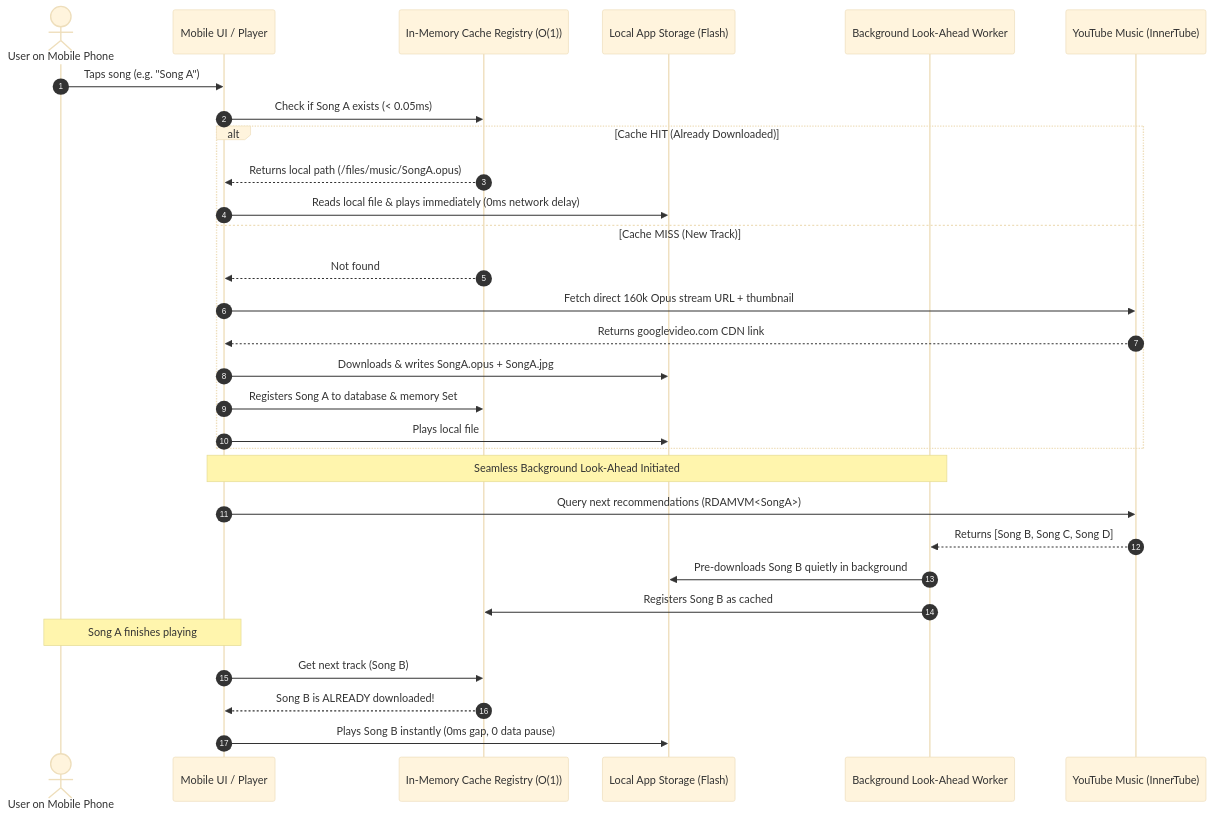
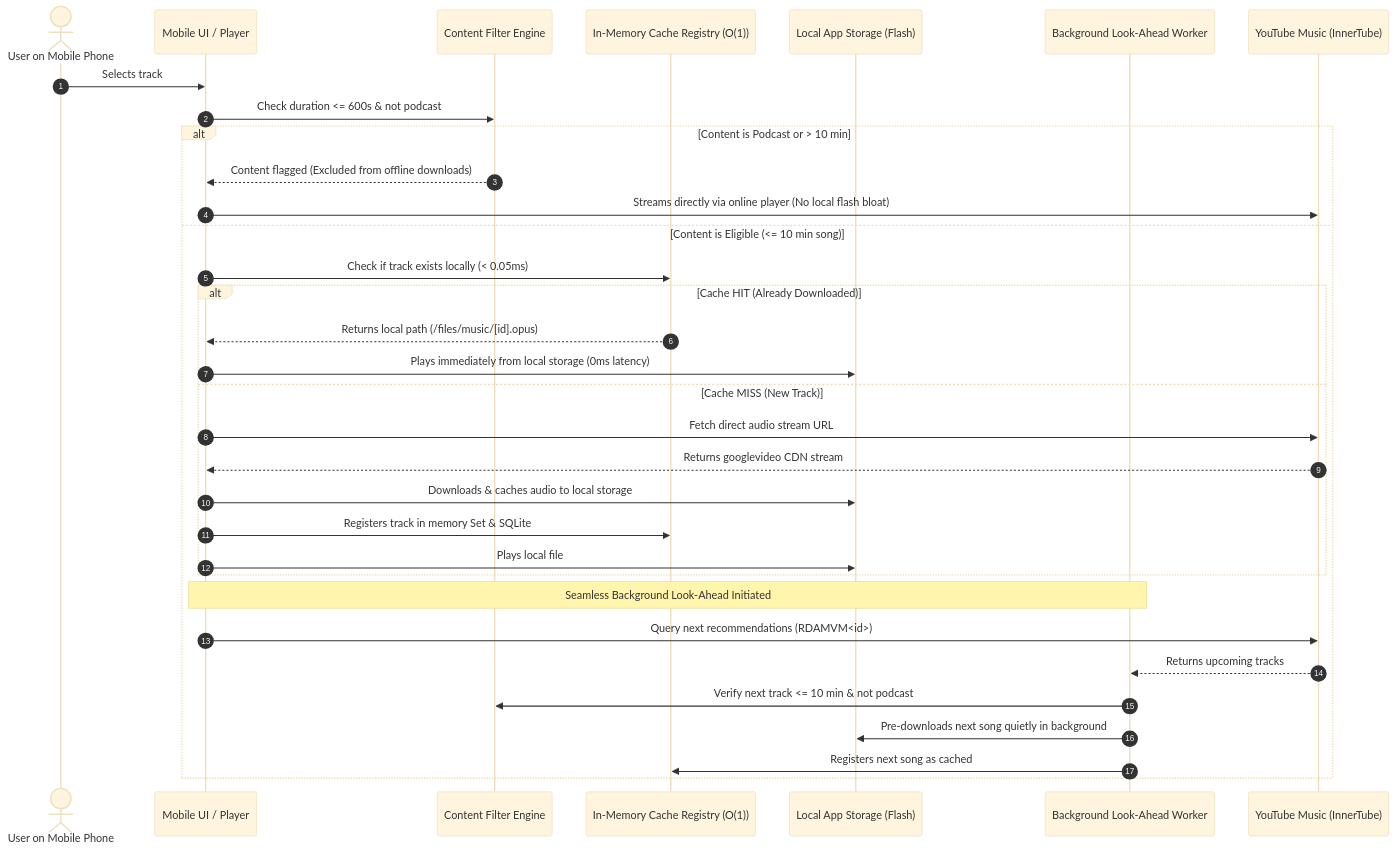
One commit to Saurabh-singhx/soko_music changed the diagram in README.md. Above: the diagram before and after it, drawn with Mermaid (base theme). The commit also changed other lines of this file and 176 other files, not shown here.

````diff
--- a/README.md
+++ b/README.md
@@ -69,36 +98,37 @@
 ```mermaid
 sequenceDiagram
     autonumber
     actor User as User on Mobile Phone
     participant UI as Mobile UI / Player
+    participant Filter as Content Filter Engine
     participant Cache as In-Memory Cache Registry (O(1))
     participant Disk as Local App Storage (Flash)
     participant Worker as Background Look-Ahead Worker
     participant YT as YouTube Music (InnerTube)
 
-    User->>UI: Taps song (e.g. "Song A")
-    UI->>Cache: Check if Song A exists (< 0.05ms)
-    
-    alt Cache HIT (Already Downloaded)
-        Cache-->>UI: Returns local path (/files/music/SongA.opus)
-        UI->>Disk: Reads local file & plays immediately (0ms network delay)
-    else Cache MISS (New Track)
-        Cache-->>UI: Not found
-        UI->>YT: Fetch direct 160k Opus stream URL + thumbnail
-        YT-->>UI: Returns googlevideo.com CDN link
-        UI->>Disk: Downloads & writes SongA.opus + SongA.jpg
-        UI->>Cache: Registers Song A to database & memory Set
-        UI->>Disk: Plays local file
+    User->>UI: Selects track
+    UI->>Filter: Check duration <= 600s & not podcast
+    alt Content is Podcast or > 10 min
+        Filter-->>UI: Content flagged (Excluded from offline downloads)
+        UI->>YT: Streams directly via online player (No local flash bloat)
+    else Content is Eligible (<= 10 min song)
+        UI->>Cache: Check if track exists locally (< 0.05ms)
+        alt Cache HIT (Already Downloaded)
+            Cache-->>UI: Returns local path (/files/music/[id].opus)
+            UI->>Disk: Plays immediately from local storage (0ms latency)
+        else Cache MISS (New Track)
+            UI->>YT: Fetch direct audio stream URL
+            YT-->>UI: Returns googlevideo CDN stream
+            UI->>Disk: Downloads & caches audio to local storage
+            UI->>Cache: Registers track in memory Set & SQLite
+            UI->>Disk: Plays local file
+        end
+
+        Note over UI,Worker: Seamless Background Look-Ahead Initiated
+        UI->>YT: Query next recommendations (RDAMVM<id>)
+        YT-->>Worker: Returns upcoming tracks
+        Worker->>Filter: Verify next track <= 10 min & not podcast
+        Worker->>Disk: Pre-downloads next song quietly in background
+        Worker->>Cache: Registers next song as cached
     end
-
-    Note over UI,Worker: Seamless Background Look-Ahead Initiated
-    UI->>YT: Query next recommendations (RDAMVM<SongA>)
-    YT-->>Worker: Returns [Song B, Song C, Song D]
-    Worker->>Disk: Pre-downloads Song B quietly in background
-    Worker->>Cache: Registers Song B as cached
-
-    Note over User,UI: Song A finishes playing
-    UI->>Cache: Get next track (Song B)
-    Cache-->>UI: Song B is ALREADY downloaded!
-    UI->>Disk: Plays Song B instantly (0ms gap, 0 data pause)
 ```
````
